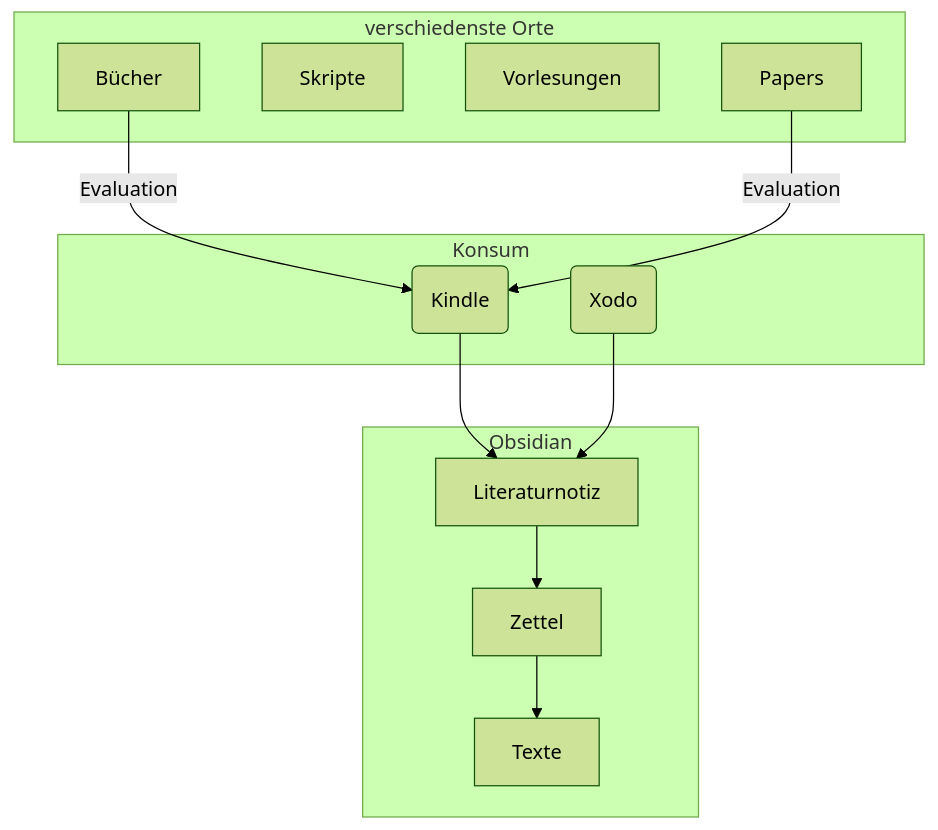
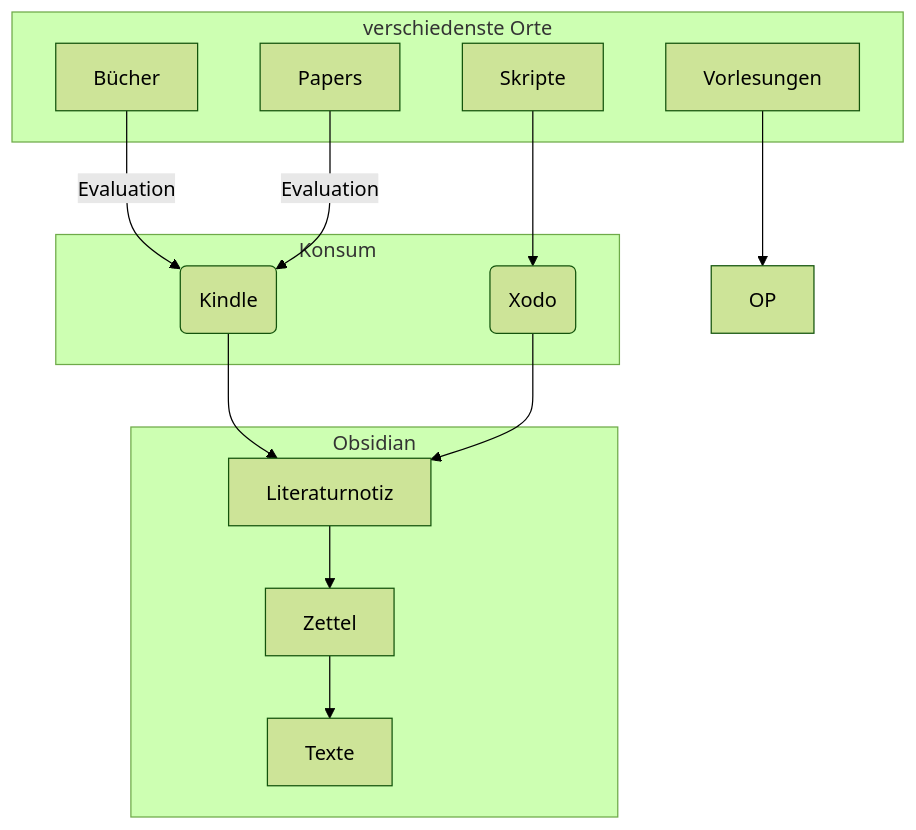
One commit to julianstoerig/zettelkasten changed the diagram in System/Informationsverarbeitung.md. Above: the diagram before and after it, drawn with Mermaid (forest theme).

Commit message:
automatic version-control: 2021-01-11 22:57:37

````diff
--- a/System/Informationsverarbeitung.md
+++ b/System/Informationsverarbeitung.md
@@ -1,38 +1,40 @@
 ```mermaid
 graph TB;
 
 B["Bücher"]
 S["Skripte"]
 V["Vorlesungen"]
 P["Papers"]
 
 K("Kindle")
 X("Xodo")
+
 
 L["Literaturnotiz"]
 Z["Zettel"]
 T["Texte"]
 
 subgraph verschiedenste Orte
 	B
 	P
 	S
 	V
 end
 
 B & P -->|Evaluation| K
-
+S --> X
+V --> OP
 
 subgraph Konsum
 	K
 	X
 end
 
 K --> L
 X --> L
 
 subgraph Obsidian	
 	L --> Z
 	Z --> T
 end
 ```
````
